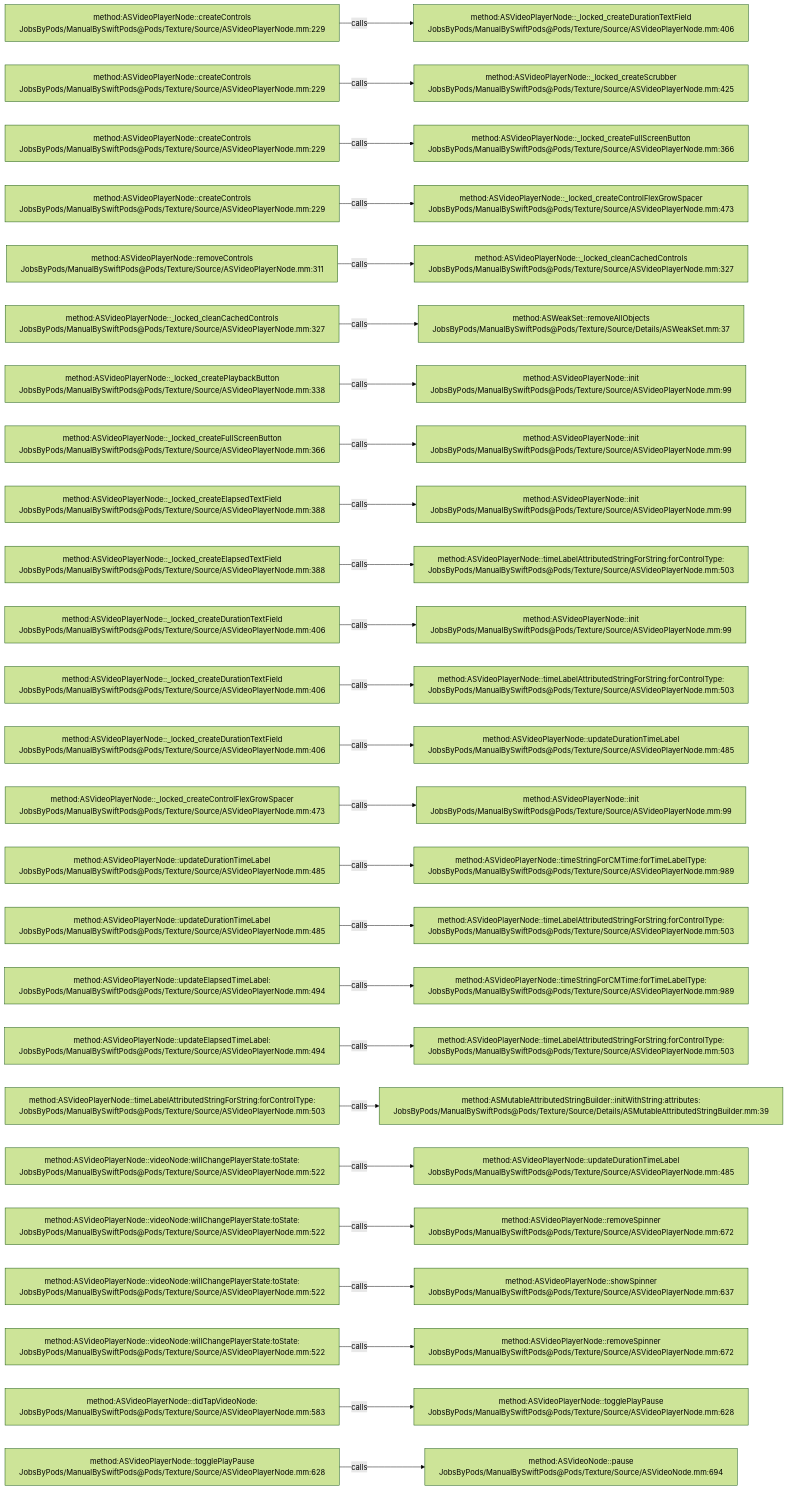
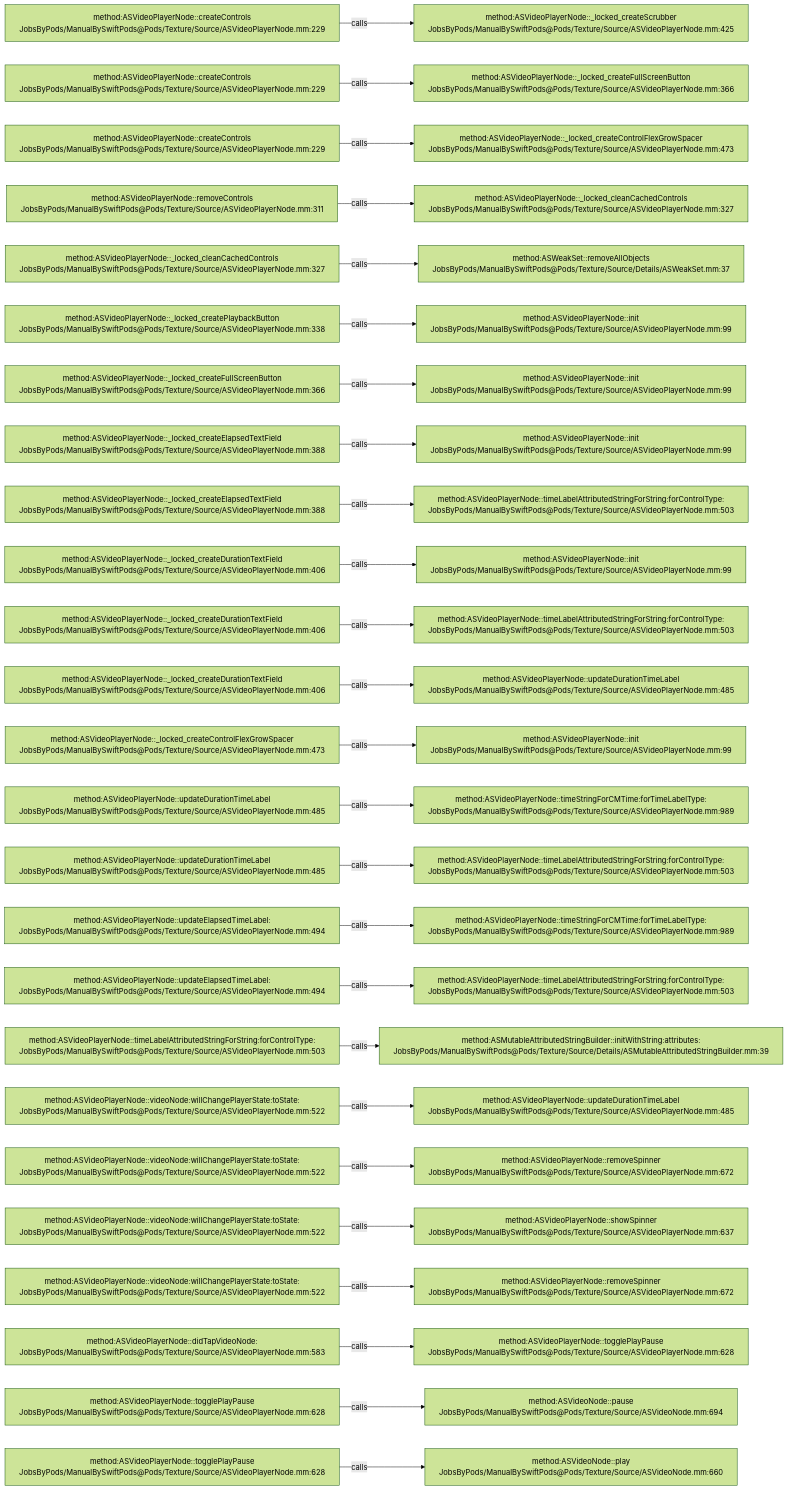
Before and after one commit to JobsKits/JobsSwiftBaseConfigDemo: the diagram in .codegraph/codegraph.md/graphs/calls-077.md, drawn with Mermaid (forest theme). The commit also changed 747 other files, not shown here.

````diff
--- a/.codegraph/codegraph.md/graphs/calls-077.md
+++ b/.codegraph/codegraph.md/graphs/calls-077.md
@@ -13,78 +13,78 @@
 ```mermaid
 flowchart LR
   S1["method:ASVideoPlayerNode::createControls<br/>JobsByPods/ManualBySwiftPods@Pods/Texture/Source/ASVideoPlayerNode.mm:229"]
-  T1["method:ASVideoPlayerNode::_locked_createDurationTextField<br/>JobsByPods/ManualBySwiftPods@Pods/Texture/Source/ASVideoPlayerNode.mm:406"]
+  T1["method:ASVideoPlayerNode::_locked_createScrubber<br/>JobsByPods/ManualBySwiftPods@Pods/Texture/Source/ASVideoPlayerNode.mm:425"]
   S1 -->|calls| T1
   S2["method:ASVideoPlayerNode::createControls<br/>JobsByPods/ManualBySwiftPods@Pods/Texture/Source/ASVideoPlayerNode.mm:229"]
-  T2["method:ASVideoPlayerNode::_locked_createScrubber<br/>JobsByPods/ManualBySwiftPods@Pods/Texture/Source/ASVideoPlayerNode.mm:425"]
+  T2["method:ASVideoPlayerNode::_locked_createFullScreenButton<br/>JobsByPods/ManualBySwiftPods@Pods/Texture/Source/ASVideoPlayerNode.mm:366"]
   S2 -->|calls| T2
   S3["method:ASVideoPlayerNode::createControls<br/>JobsByPods/ManualBySwiftPods@Pods/Texture/Source/ASVideoPlayerNode.mm:229"]
-  T3["method:ASVideoPlayerNode::_locked_createFullScreenButton<br/>JobsByPods/ManualBySwiftPods@Pods/Texture/Source/ASVideoPlayerNode.mm:366"]
+  T3["method:ASVideoPlayerNode::_locked_createControlFlexGrowSpacer<br/>JobsByPods/ManualBySwiftPods@Pods/Texture/Source/ASVideoPlayerNode.mm:473"]
   S3 -->|calls| T3
-  S4["method:ASVideoPlayerNode::createControls<br/>JobsByPods/ManualBySwiftPods@Pods/Texture/Source/ASVideoPlayerNode.mm:229"]
-  T4["method:ASVideoPlayerNode::_locked_createControlFlexGrowSpacer<br/>JobsByPods/ManualBySwiftPods@Pods/Texture/Source/ASVideoPlayerNode.mm:473"]
+  S4["method:ASVideoPlayerNode::removeControls<br/>JobsByPods/ManualBySwiftPods@Pods/Texture/Source/ASVideoPlayerNode.mm:311"]
+  T4["method:ASVideoPlayerNode::_locked_cleanCachedControls<br/>JobsByPods/ManualBySwiftPods@Pods/Texture/Source/ASVideoPlayerNode.mm:327"]
   S4 -->|calls| T4
-  S5["method:ASVideoPlayerNode::removeControls<br/>JobsByPods/ManualBySwiftPods@Pods/Texture/Source/ASVideoPlayerNode.mm:311"]
-  T5["method:ASVideoPlayerNode::_locked_cleanCachedControls<br/>JobsByPods/ManualBySwiftPods@Pods/Texture/Source/ASVideoPlayerNode.mm:327"]
+  S5["method:ASVideoPlayerNode::_locked_cleanCachedControls<br/>JobsByPods/ManualBySwiftPods@Pods/Texture/Source/ASVideoPlayerNode.mm:327"]
+  T5["method:ASWeakSet::removeAllObjects<br/>JobsByPods/ManualBySwiftPods@Pods/Texture/Source/Details/ASWeakSet.mm:37"]
   S5 -->|calls| T5
-  S6["method:ASVideoPlayerNode::_locked_cleanCachedControls<br/>JobsByPods/ManualBySwiftPods@Pods/Texture/Source/ASVideoPlayerNode.mm:327"]
-  T6["method:ASWeakSet::removeAllObjects<br/>JobsByPods/ManualBySwiftPods@Pods/Texture/Source/Details/ASWeakSet.mm:37"]
+  S6["method:ASVideoPlayerNode::_locked_createPlaybackButton<br/>JobsByPods/ManualBySwiftPods@Pods/Texture/Source/ASVideoPlayerNode.mm:338"]
+  T6["method:ASVideoPlayerNode::init<br/>JobsByPods/ManualBySwiftPods@Pods/Texture/Source/ASVideoPlayerNode.mm:99"]
   S6 -->|calls| T6
-  S7["method:ASVideoPlayerNode::_locked_createPlaybackButton<br/>JobsByPods/ManualBySwiftPods@Pods/Texture/Source/ASVideoPlayerNode.mm:338"]
+  S7["method:ASVideoPlayerNode::_locked_createFullScreenButton<br/>JobsByPods/ManualBySwiftPods@Pods/Texture/Source/ASVideoPlayerNode.mm:366"]
   T7["method:ASVideoPlayerNode::init<br/>JobsByPods/ManualBySwiftPods@Pods/Texture/Source/ASVideoPlayerNode.mm:99"]
   S7 -->|calls| T7
-  S8["method:ASVideoPlayerNode::_locked_createFullScreenButton<br/>JobsByPods/ManualBySwiftPods@Pods/Texture/Source/ASVideoPlayerNode.mm:366"]
+  S8["method:ASVideoPlayerNode::_locked_createElapsedTextField<br/>JobsByPods/ManualBySwiftPods@Pods/Texture/Source/ASVideoPlayerNode.mm:388"]
   T8["method:ASVideoPlayerNode::init<br/>JobsByPods/ManualBySwiftPods@Pods/Texture/Source/ASVideoPlayerNode.mm:99"]
   S8 -->|calls| T8
   S9["method:ASVideoPlayerNode::_locked_createElapsedTextField<br/>JobsByPods/ManualBySwiftPods@Pods/Texture/Source/ASVideoPlayerNode.mm:388"]
-  T9["method:ASVideoPlayerNode::init<br/>JobsByPods/ManualBySwiftPods@Pods/Texture/Source/ASVideoPlayerNode.mm:99"]
+  T9["method:ASVideoPlayerNode::timeLabelAttributedStringForString:forControlType:<br/>JobsByPods/ManualBySwiftPods@Pods/Texture/Source/ASVideoPlayerNode.mm:503"]
   S9 -->|calls| T9
-  S10["method:ASVideoPlayerNode::_locked_createElapsedTextField<br/>JobsByPods/ManualBySwiftPods@Pods/Texture/Source/ASVideoPlayerNode.mm:388"]
-  T10["method:ASVideoPlayerNode::timeLabelAttributedStringForString:forControlType:<br/>JobsByPods/ManualBySwiftPods@Pods/Texture/Source/ASVideoPlayerNode.mm:503"]
+  S10["method:ASVideoPlayerNode::_locked_createDurationTextField<br/>JobsByPods/ManualBySwiftPods@Pods/Texture/Source/ASVideoPlayerNode.mm:406"]
+  T10["method:ASVideoPlayerNode::init<br/>JobsByPods/ManualBySwiftPods@Pods/Texture/Source/ASVideoPlayerNode.mm:99"]
   S10 -->|calls| T10
   S11["method:ASVideoPlayerNode::_locked_createDurationTextField<br/>JobsByPods/ManualBySwiftPods@Pods/Texture/Source/ASVideoPlayerNode.mm:406"]
-  T11["method:ASVideoPlayerNode::init<br/>JobsByPods/ManualBySwiftPods@Pods/Texture/Source/ASVideoPlayerNode.mm:99"]
+  T11["method:ASVideoPlayerNode::timeLabelAttributedStringForString:forControlType:<br/>JobsByPods/ManualBySwiftPods@Pods/Texture/Source/ASVideoPlayerNode.mm:503"]
   S11 -->|calls| T11
   S12["method:ASVideoPlayerNode::_locked_createDurationTextField<br/>JobsByPods/ManualBySwiftPods@Pods/Texture/Source/ASVideoPlayerNode.mm:406"]
-  T12["method:ASVideoPlayerNode::timeLabelAttributedStringForString:forControlType:<br/>JobsByPods/ManualBySwiftPods@Pods/Texture/Source/ASVideoPlayerNode.mm:503"]
+  T12["method:ASVideoPlayerNode::updateDurationTimeLabel<br/>JobsByPods/ManualBySwiftPods@Pods/Texture/Source/ASVideoPlayerNode.mm:485"]
   S12 -->|calls| T12
-  S13["method:ASVideoPlayerNode::_locked_createDurationTextField<br/>JobsByPods/ManualBySwiftPods@Pods/Texture/Source/ASVideoPlayerNode.mm:406"]
-  T13["method:ASVideoPlayerNode::updateDurationTimeLabel<br/>JobsByPods/ManualBySwiftPods@Pods/Texture/Source/ASVideoPlayerNode.mm:485"]
+  S13["method:ASVideoPlayerNode::_locked_createControlFlexGrowSpacer<br/>JobsByPods/ManualBySwiftPods@Pods/Texture/Source/ASVideoPlayerNode.mm:473"]
+  T13["method:ASVideoPlayerNode::init<br/>JobsByPods/ManualBySwiftPods@Pods/Texture/Source/ASVideoPlayerNode.mm:99"]
   S13 -->|calls| T13
-  S14["method:ASVideoPlayerNode::_locked_createControlFlexGrowSpacer<br/>JobsByPods/ManualBySwiftPods@Pods/Texture/Source/ASVideoPlayerNode.mm:473"]
-  T14["method:ASVideoPlayerNode::init<br/>JobsByPods/ManualBySwiftPods@Pods/Texture/Source/ASVideoPlayerNode.mm:99"]
+  S14["method:ASVideoPlayerNode::updateDurationTimeLabel<br/>JobsByPods/ManualBySwiftPods@Pods/Texture/Source/ASVideoPlayerNode.mm:485"]
+  T14["method:ASVideoPlayerNode::timeStringForCMTime:forTimeLabelType:<br/>JobsByPods/ManualBySwiftPods@Pods/Texture/Source/ASVideoPlayerNode.mm:989"]
   S14 -->|calls| T14
   S15["method:ASVideoPlayerNode::updateDurationTimeLabel<br/>JobsByPods/ManualBySwiftPods@Pods/Texture/Source/ASVideoPlayerNode.mm:485"]
-  T15["method:ASVideoPlayerNode::timeStringForCMTime:forTimeLabelType:<br/>JobsByPods/ManualBySwiftPods@Pods/Texture/Source/ASVideoPlayerNode.mm:989"]
+  T15["method:ASVideoPlayerNode::timeLabelAttributedStringForString:forControlType:<br/>JobsByPods/ManualBySwiftPods@Pods/Texture/Source/ASVideoPlayerNode.mm:503"]
   S15 -->|calls| T15
-  S16["method:ASVideoPlayerNode::updateDurationTimeLabel<br/>JobsByPods/ManualBySwiftPods@Pods/Texture/Source/ASVideoPlayerNode.mm:485"]
-  T16["method:ASVideoPlayerNode::timeLabelAttributedStringForString:forControlType:<br/>JobsByPods/ManualBySwiftPods@Pods/Texture/Source/ASVideoPlayerNode.mm:503"]
+  S16["method:ASVideoPlayerNode::updateElapsedTimeLabel:<br/>JobsByPods/ManualBySwiftPods@Pods/Texture/Source/ASVideoPlayerNode.mm:494"]
+  T16["method:ASVideoPlayerNode::timeStringForCMTime:forTimeLabelType:<br/>JobsByPods/ManualBySwiftPods@Pods/Texture/Source/ASVideoPlayerNode.mm:989"]
   S16 -->|calls| T16
   S17["method:ASVideoPlayerNode::updateElapsedTimeLabel:<br/>JobsByPods/ManualBySwiftPods@Pods/Texture/Source/ASVideoPlayerNode.mm:494"]
-  T17["method:ASVideoPlayerNode::timeStringForCMTime:forTimeLabelType:<br/>JobsByPods/ManualBySwiftPods@Pods/Texture/Source/ASVideoPlayerNode.mm:989"]
+  T17["method:ASVideoPlayerNode::timeLabelAttributedStringForString:forControlType:<br/>JobsByPods/ManualBySwiftPods@Pods/Texture/Source/ASVideoPlayerNode.mm:503"]
   S17 -->|calls| T17
-  S18["method:ASVideoPlayerNode::updateElapsedTimeLabel:<br/>JobsByPods/ManualBySwiftPods@Pods/Texture/Source/ASVideoPlayerNode.mm:494"]
-  T18["method:ASVideoPlayerNode::timeLabelAttributedStringForString:forControlType:<br/>JobsByPods/ManualBySwiftPods@Pods/Texture/Source/ASVideoPlayerNode.mm:503"]
+  S18["method:ASVideoPlayerNode::timeLabelAttributedStringForString:forControlType:<br/>JobsByPods/ManualBySwiftPods@Pods/Texture/Source/ASVideoPlayerNode.mm:503"]
+  T18["method:ASMutableAttributedStringBuilder::initWithString:attributes:<br/>JobsByPods/ManualBySwiftPods@Pods/Texture/Source/Details/ASMutableAttributedStringBuilder.mm:39"]
   S18 -->|calls| T18
-  S19["method:ASVideoPlayerNode::timeLabelAttributedStringForString:forControlType:<br/>JobsByPods/ManualBySwiftPods@Pods/Texture/Source/ASVideoPlayerNode.mm:503"]
-  T19["method:ASMutableAttributedStringBuilder::initWithString:attributes:<br/>JobsByPods/ManualBySwiftPods@Pods/Texture/Source/Details/ASMutableAttributedStringBuilder.mm:39"]
+  S19["method:ASVideoPlayerNode::videoNode:willChangePlayerState:toState:<br/>JobsByPods/ManualBySwiftPods@Pods/Texture/Source/ASVideoPlayerNode.mm:522"]
+  T19["method:ASVideoPlayerNode::updateDurationTimeLabel<br/>JobsByPods/ManualBySwiftPods@Pods/Texture/Source/ASVideoPlayerNode.mm:485"]
   S19 -->|calls| T19
   S20["method:ASVideoPlayerNode::videoNode:willChangePlayerState:toState:<br/>JobsByPods/ManualBySwiftPods@Pods/Texture/Source/ASVideoPlayerNode.mm:522"]
-  T20["method:ASVideoPlayerNode::updateDurationTimeLabel<br/>JobsByPods/ManualBySwiftPods@Pods/Texture/Source/ASVideoPlayerNode.mm:485"]
+  T20["method:ASVideoPlayerNode::removeSpinner<br/>JobsByPods/ManualBySwiftPods@Pods/Texture/Source/ASVideoPlayerNode.mm:672"]
   S20 -->|calls| T20
   S21["method:ASVideoPlayerNode::videoNode:willChangePlayerState:toState:<br/>JobsByPods/ManualBySwiftPods@Pods/Texture/Source/ASVideoPlayerNode.mm:522"]
-  T21["method:ASVideoPlayerNode::removeSpinner<br/>JobsByPods/ManualBySwiftPods@Pods/Texture/Source/ASVideoPlayerNode.mm:672"]
+  T21["method:ASVideoPlayerNode::showSpinner<br/>JobsByPods/ManualBySwiftPods@Pods/Texture/Source/ASVideoPlayerNode.mm:637"]
   S21 -->|calls| T21
   S22["method:ASVideoPlayerNode::videoNode:willChangePlayerState:toState:<br/>JobsByPods/ManualBySwiftPods@Pods/Texture/Source/ASVideoPlayerNode.mm:522"]
-  T22["method:ASVideoPlayerNode::showSpinner<br/>JobsByPods/ManualBySwiftPods@Pods/Texture/Source/ASVideoPlayerNode.mm:637"]
+  T22["method:ASVideoPlayerNode::removeSpinner<br/>JobsByPods/ManualBySwiftPods@Pods/Texture/Source/ASVideoPlayerNode.mm:672"]
   S22 -->|calls| T22
-  S23["method:ASVideoPlayerNode::videoNode:willChangePlayerState:toState:<br/>JobsByPods/ManualBySwiftPods@Pods/Texture/Source/ASVideoPlayerNode.mm:522"]
-  T23["method:ASVideoPlayerNode::removeSpinner<br/>JobsByPods/ManualBySwiftPods@Pods/Texture/Source/ASVideoPlayerNode.mm:672"]
+  S23["method:ASVideoPlayerNode::didTapVideoNode:<br/>JobsByPods/ManualBySwiftPods@Pods/Texture/Source/ASVideoPlayerNode.mm:583"]
+  T23["method:ASVideoPlayerNode::togglePlayPause<br/>JobsByPods/ManualBySwiftPods@Pods/Texture/Source/ASVideoPlayerNode.mm:628"]
   S23 -->|calls| T23
-  S24["method:ASVideoPlayerNode::didTapVideoNode:<br/>JobsByPods/ManualBySwiftPods@Pods/Texture/Source/ASVideoPlayerNode.mm:583"]
-  T24["method:ASVideoPlayerNode::togglePlayPause<br/>JobsByPods/ManualBySwiftPods@Pods/Texture/Source/ASVideoPlayerNode.mm:628"]
+  S24["method:ASVideoPlayerNode::togglePlayPause<br/>JobsByPods/ManualBySwiftPods@Pods/Texture/Source/ASVideoPlayerNode.mm:628"]
+  T24["method:ASVideoNode::pause<br/>JobsByPods/ManualBySwiftPods@Pods/Texture/Source/ASVideoNode.mm:694"]
   S24 -->|calls| T24
   S25["method:ASVideoPlayerNode::togglePlayPause<br/>JobsByPods/ManualBySwiftPods@Pods/Texture/Source/ASVideoPlayerNode.mm:628"]
-  T25["method:ASVideoNode::pause<br/>JobsByPods/ManualBySwiftPods@Pods/Texture/Source/ASVideoNode.mm:694"]
+  T25["method:ASVideoNode::play<br/>JobsByPods/ManualBySwiftPods@Pods/Texture/Source/ASVideoNode.mm:660"]
   S25 -->|calls| T25
 ```
````
